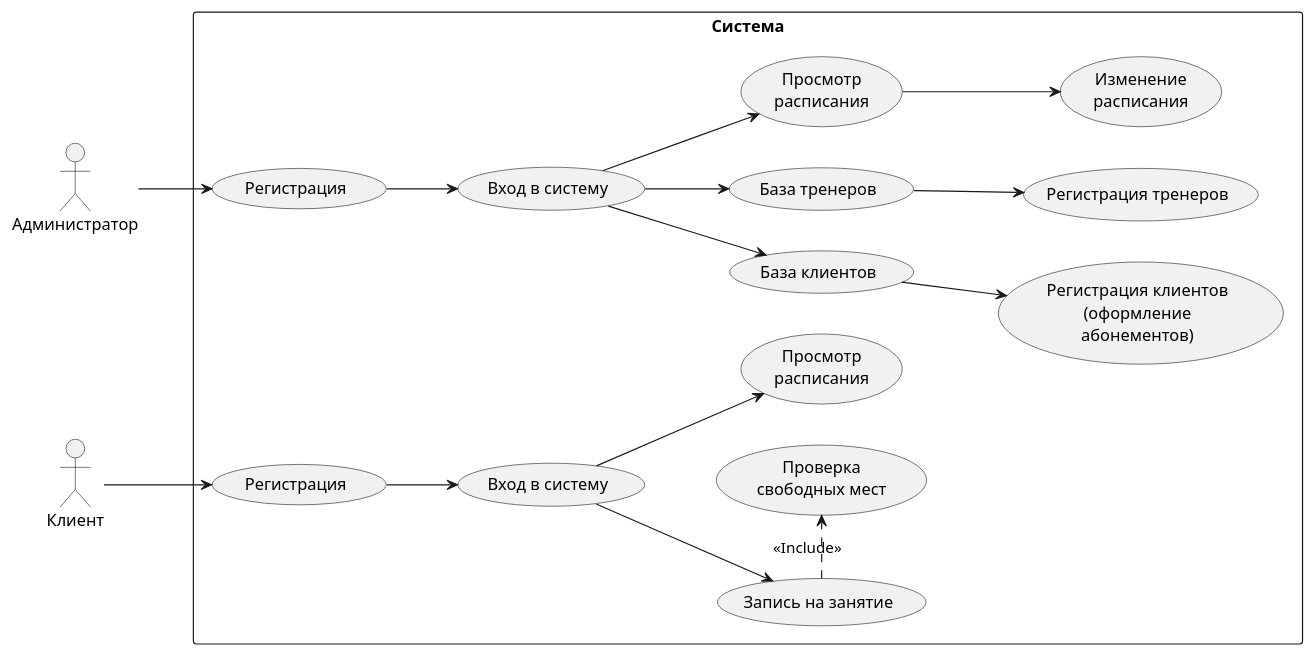
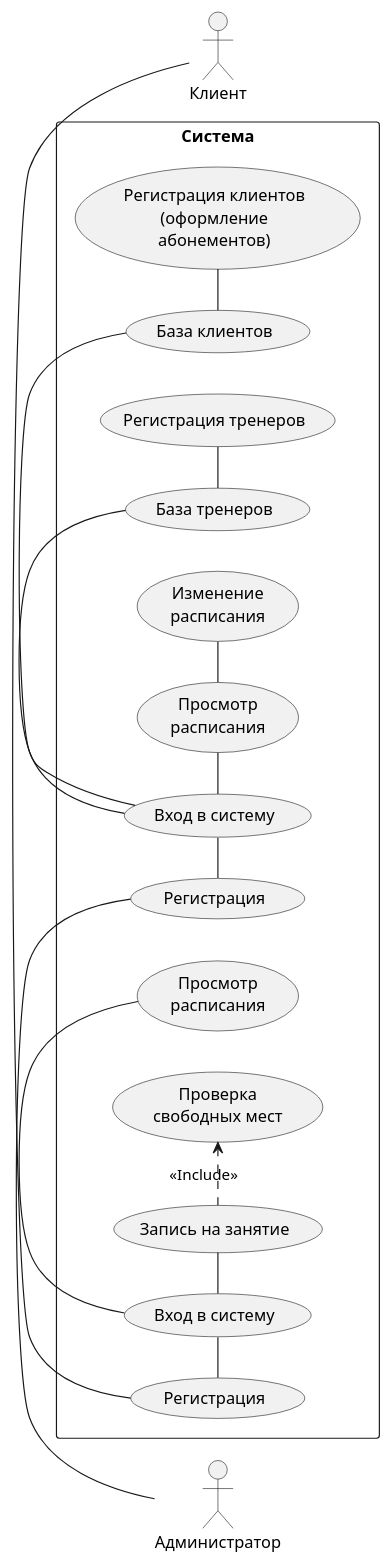
The diagram in docs/diagrams/usecase.puml (ALEX-FERZ/GitExample1), drawn with PlantUML before and after one commit.

Commit message:
изменил файл usecase.Puml

```diff
--- a/docs/diagrams/usecase.puml
+++ b/docs/diagrams/usecase.puml
@@ -1,47 +1,47 @@
 @startuml Usecase
 left to right direction
 skinparam packageStyle rectangle
 
 actor "Администратор" as admin
 actor "Клиент" as client
 
 rectangle "Система" {
     ' Прецеденты для Администратора
     usecase "Регистрация" as reg_admin
     usecase "Вход в систему" as login_admin
     usecase "База клиентов" as db_clients
     usecase "База тренеров" as db_trainers
     usecase "Просмотр\nрасписания" as view_schedule_admin
     
     usecase "Регистрация клиентов\n(оформление\nабонементов)" as reg_clients
     usecase "Регистрация тренеров" as reg_trainers
     usecase "Изменение\nрасписания" as edit_schedule
     
     ' Прецеденты для Клиента
     usecase "Регистрация" as reg_client
     usecase "Вход в систему" as login_client
     usecase "Просмотр\nрасписания" as view_schedule_client
     usecase "Запись на занятие" as book_lesson
     usecase "Проверка\nсвободных мест" as check_places
 }
 
 ' Связи для Администратора
-admin --> reg_admin
-reg_admin --> login_admin
-login_admin --> db_clients
-login_admin --> db_trainers
-login_admin --> view_schedule_admin
+admin - reg_admin
+reg_admin - login_admin
+login_admin - db_clients
+login_admin - db_trainers
+login_admin - view_schedule_admin
 
-db_clients --> reg_clients
-db_trainers --> reg_trainers
-view_schedule_admin --> edit_schedule
+db_clients - reg_clients
+db_trainers - reg_trainers
+view_schedule_admin - edit_schedule
 
 ' Связи для Клиента
-client --> reg_client
-reg_client --> login_client
-login_client --> view_schedule_client
-login_client --> book_lesson
+client - reg_client
+reg_client - login_client
+login_client - view_schedule_client
+login_client - book_lesson
 
 book_lesson .> check_places : <<Include>>
 
 @enduml
```
